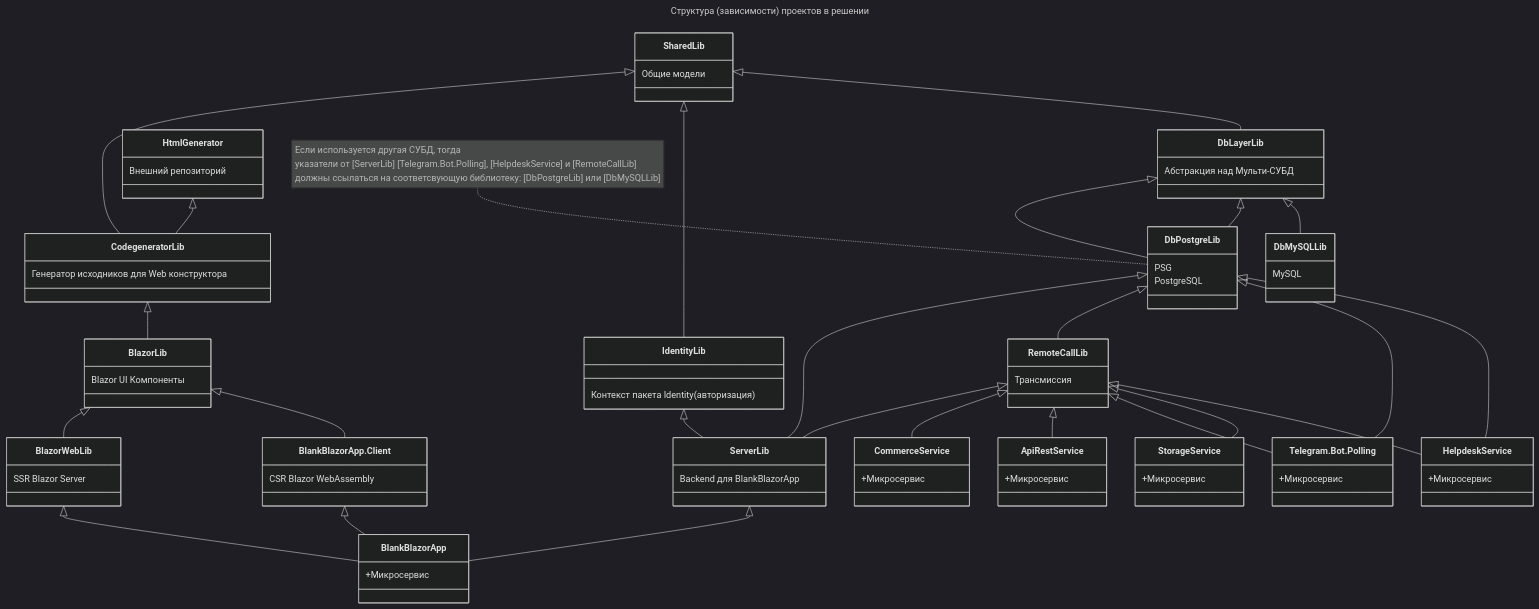
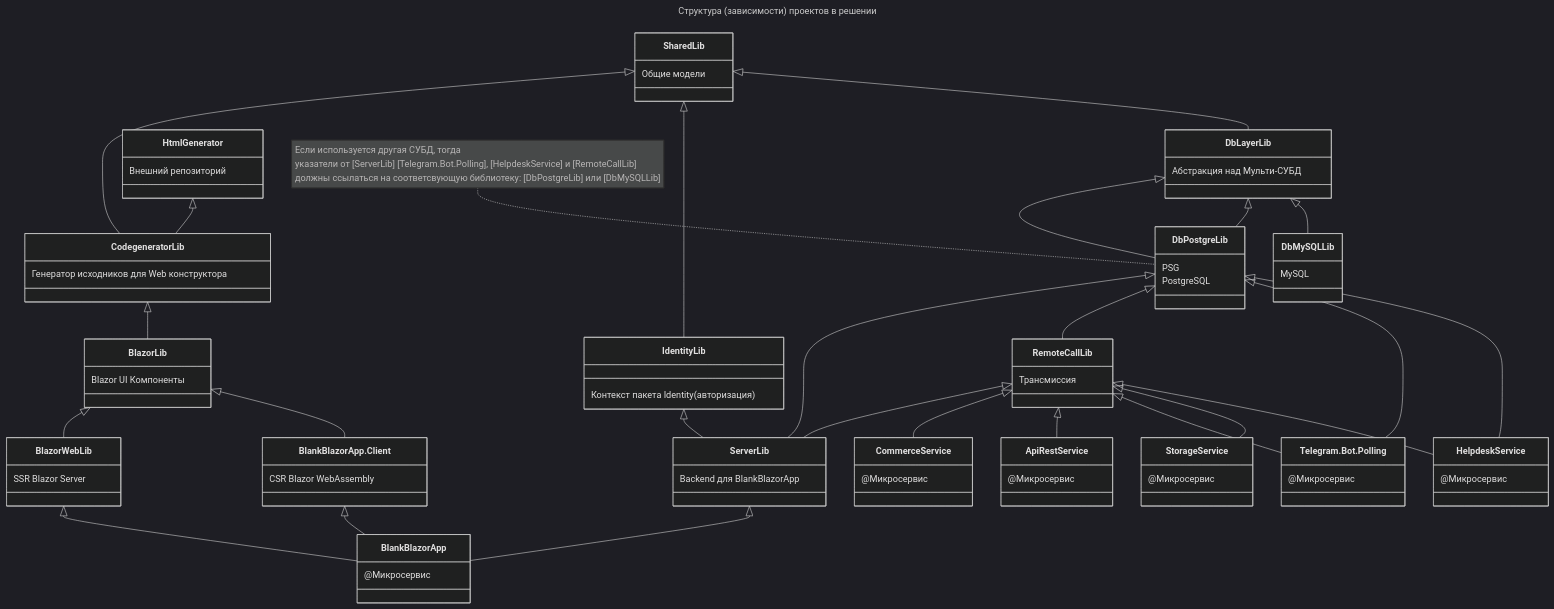
The diagram in README.md (badhitman/DesignerApp), drawn with Mermaid (dark theme) before and after one commit. The commit also changed other lines of this file and 120 other files, not shown here.

````diff
--- a/README.md
+++ b/README.md
@@ -72,30 +71,30 @@
         Трансмиссия
     }
     class StorageService{
-        +Микросервис
+        @Микросервис
     }
     class HtmlGenerator{
         Внешний репозиторий
     }
     class BlankBlazorApp{
-        +Микросервис
+        @Микросервис
     }
     class BlankBlazorApp_Client["BlankBlazorApp.Client"]{
         CSR Blazor WebAssembly
     }
     class Telegram_Bot_Polling["Telegram.Bot.Polling"]{
-        +Микросервис
+        @Микросервис
     }
     class BlazorWebLib{
         SSR Blazor Server
     }
     class HelpdeskService{
-        +Микросервис        
+        @Микросервис        
     }
     class CommerceService{
-        +Микросервис        
+        @Микросервис        
     }
     class ApiRestService{
-        +Микросервис        
+        @Микросервис        
     }
 ```
````
